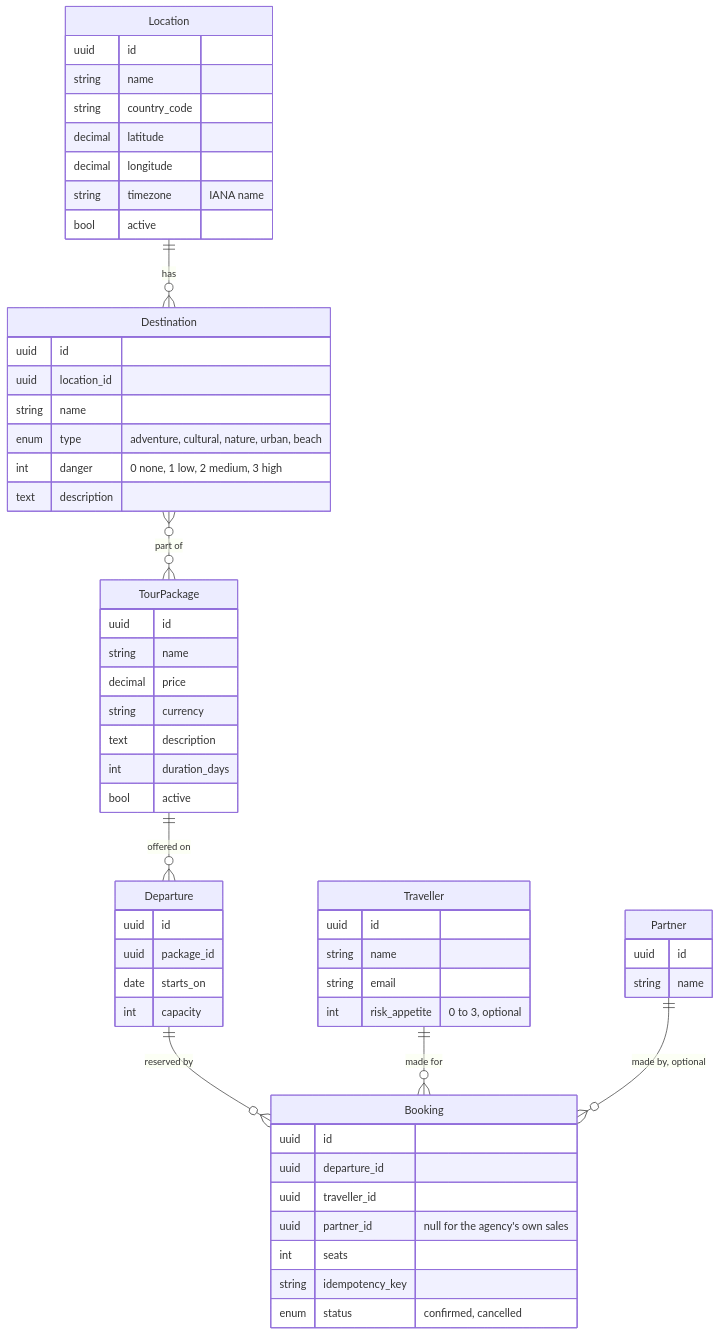
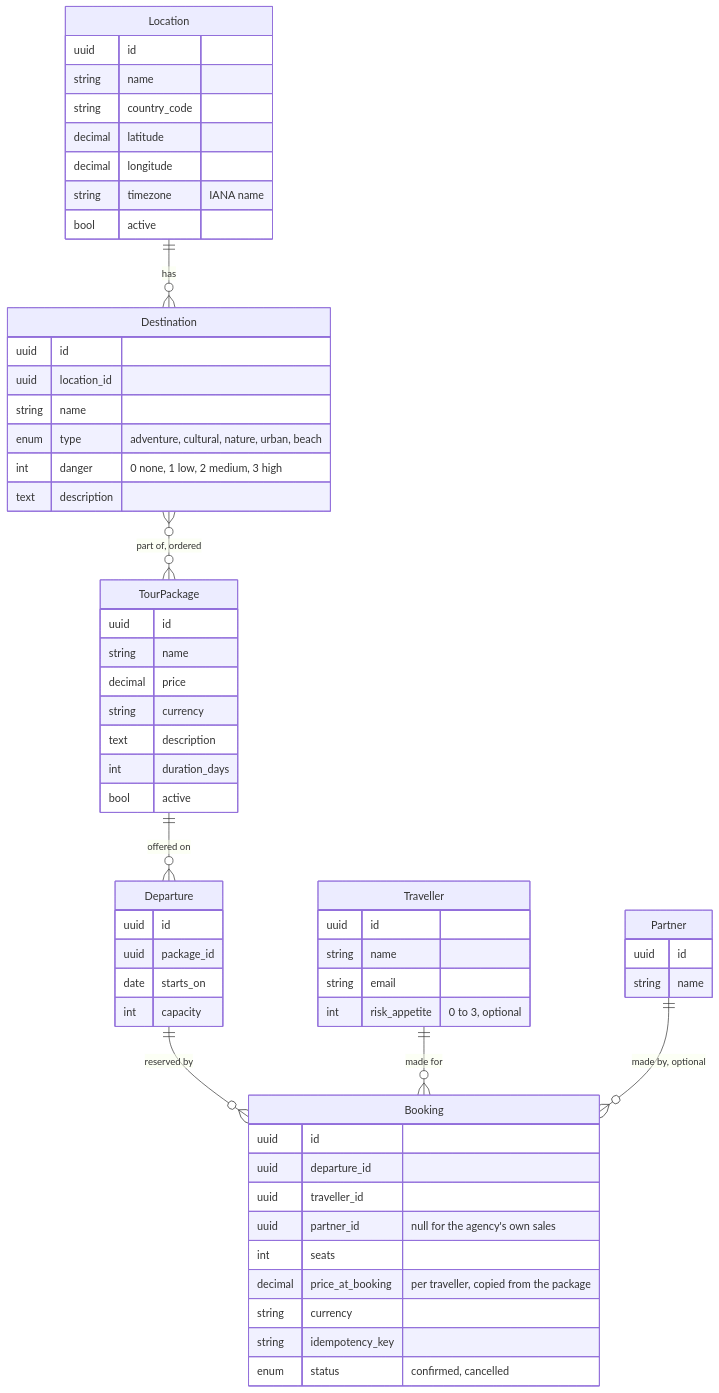
Before and after one commit to AlitalipSever/travel-agency: the diagram in docs/03-data-model.md, drawn with Mermaid. The commit also changed other lines of this file and 2 other files, not shown here.

Commit message:
P1 reviewed: ordered destinations, price per traveller kept on bookings, bookable conditions, delete guard, audit

````diff
--- a/docs/03-data-model.md
+++ b/docs/03-data-model.md
@@ -7,61 +7,63 @@
 ```mermaid
 erDiagram
   Location ||--o{ Destination : "has"
-  Destination }o--o{ TourPackage : "part of"
+  Destination }o--o{ TourPackage : "part of, ordered"
   TourPackage ||--o{ Departure : "offered on"
   Departure ||--o{ Booking : "reserved by"
   Traveller ||--o{ Booking : "made for"
   Partner ||--o{ Booking : "made by, optional"
 
   Location {
     uuid id
     string name
     string country_code
     decimal latitude
     decimal longitude
     string timezone "IANA name"
     bool active
   }
   Destination {
     uuid id
     uuid location_id
     string name
     enum type "adventure, cultural, nature, urban, beach"
     int danger "0 none, 1 low, 2 medium, 3 high"
     text description
   }
   TourPackage {
     uuid id
     string name
     decimal price
     string currency
     text description
     int duration_days
     bool active
   }
   Departure {
     uuid id
     uuid package_id
     date starts_on
     int capacity
   }
   Booking {
     uuid id
     uuid departure_id
     uuid traveller_id
     uuid partner_id "null for the agency's own sales"
     int seats
+    decimal price_at_booking "per traveller, copied from the package"
+    string currency
     string idempotency_key
     enum status "confirmed, cancelled"
   }
   Traveller {
     uuid id
     string name
     string email
     int risk_appetite "0 to 3, optional"
   }
   Partner {
     uuid id
     string name
   }
 ```
````
